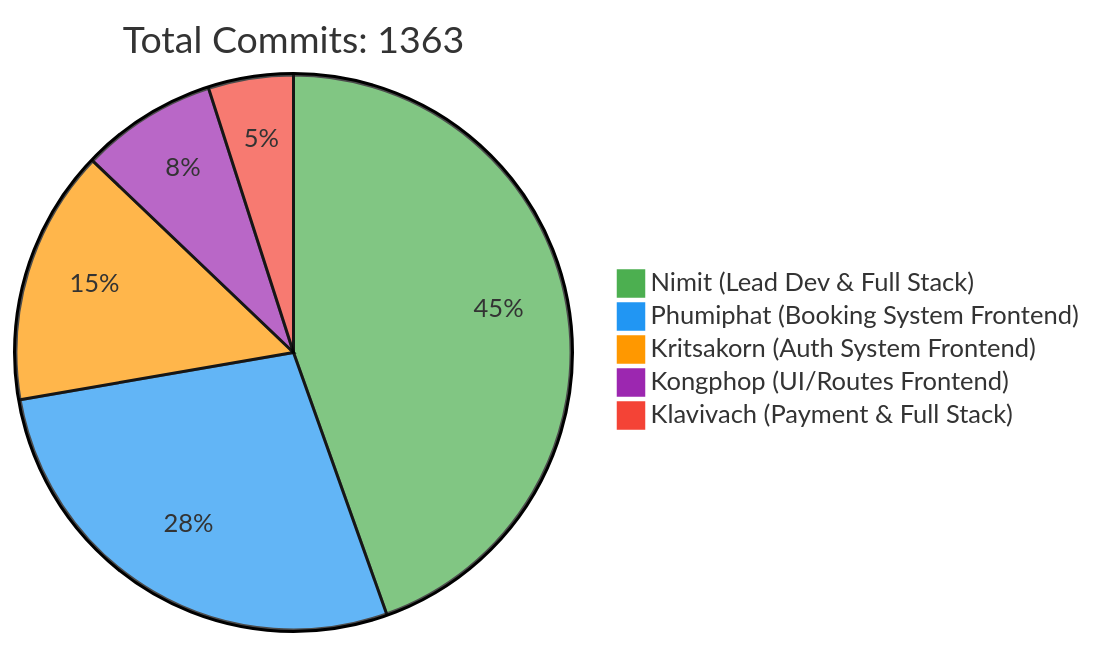
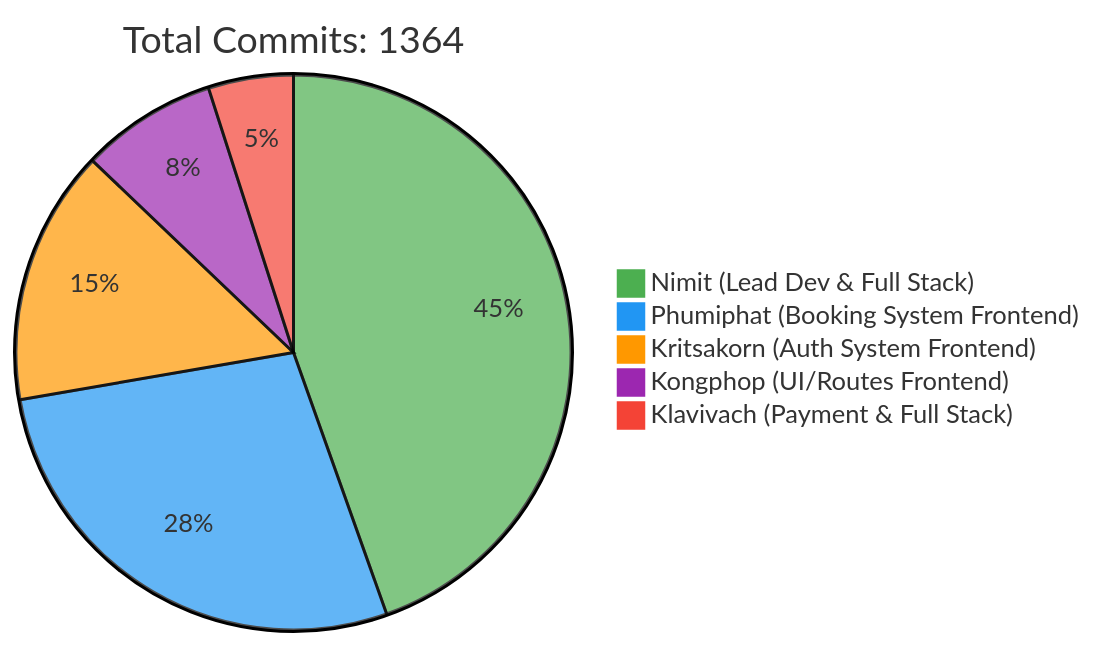
One commit to 6531503042/Sport-Complex changed the first of 2 diagrams in README.md. Above: the diagram before and after it, drawn with Mermaid. The commit also changed other lines of this file, not shown here.

Commit message:
docs: Update contributor statistics [skip ci]

````diff
--- a/README.md
+++ b/README.md
@@ -257,10 +257,10 @@
 ```mermaid
 %%{init: {'theme': 'base', 'themeVariables': { 'pie1': '#4CAF50', 'pie2': '#2196F3', 'pie3': '#FF9800', 'pie4': '#9C27B0', 'pie5': '#F44336'}}}%%
 pie
-    title Total Commits: 1363
+    title Total Commits: 1364
     "Nimit (Lead Dev & Full Stack)" : 450
     "Phumiphat (Booking System Frontend)" : 280
     "Kritsakorn (Auth System Frontend)" : 150
     "Kongphop (UI/Routes Frontend)" : 80
     "Klavivach (Payment & Full Stack)" : 50
 ```
````
